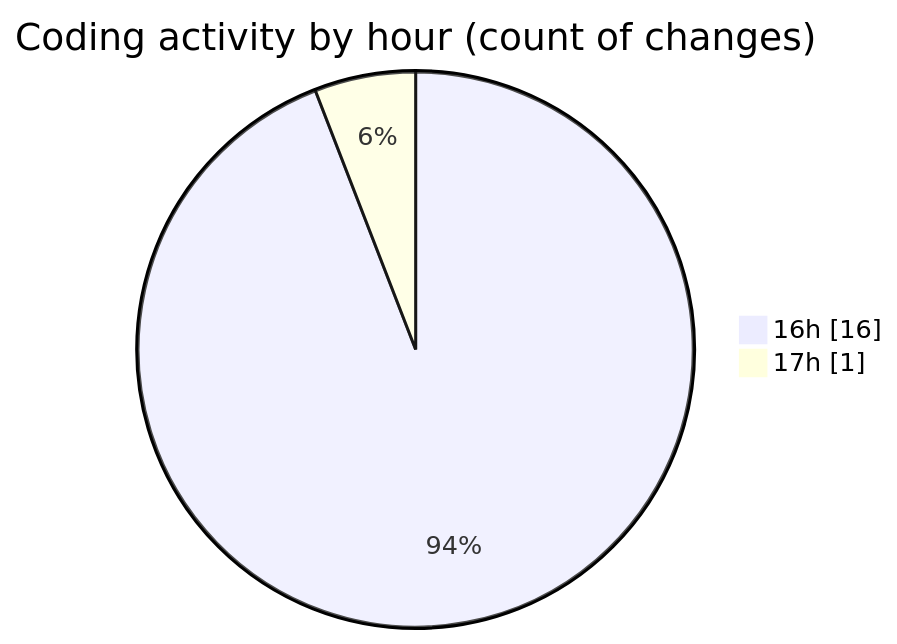
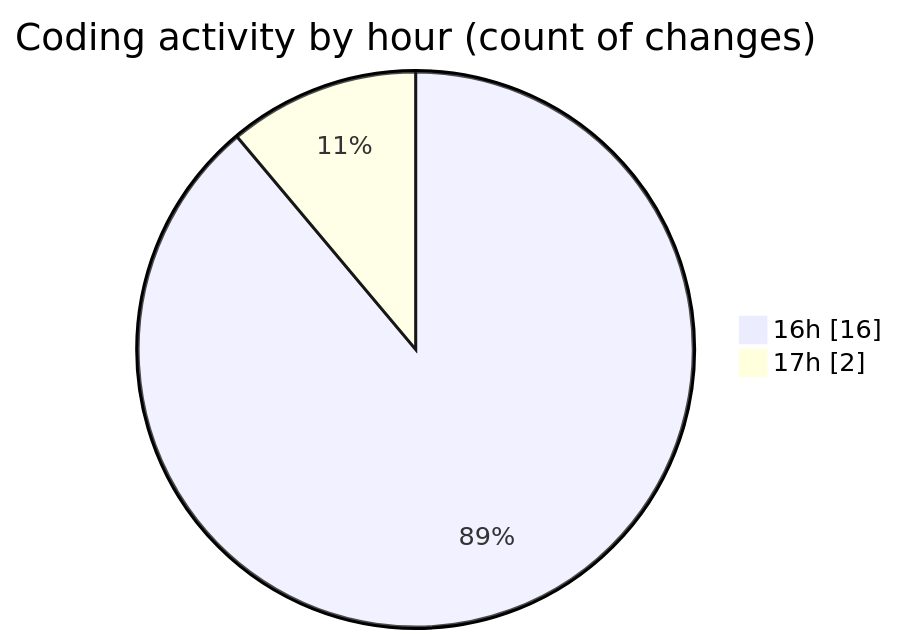
Before and after one commit to Elitesun/code-tracking: the second of 2 diagrams in 2025-02-20/gymmanager/README.md, drawn with Mermaid. The commit also changed other lines of this file and 1 other file, not shown here.

````diff
--- a/2025-02-20/gymmanager/README.md
+++ b/2025-02-20/gymmanager/README.md
@@ -35,6 +35,6 @@
 ```mermaid
 pie showData
 title Coding activity by hour (count of changes)
 "16h" : 16
-"17h" : 1
+"17h" : 2
 ```
````
